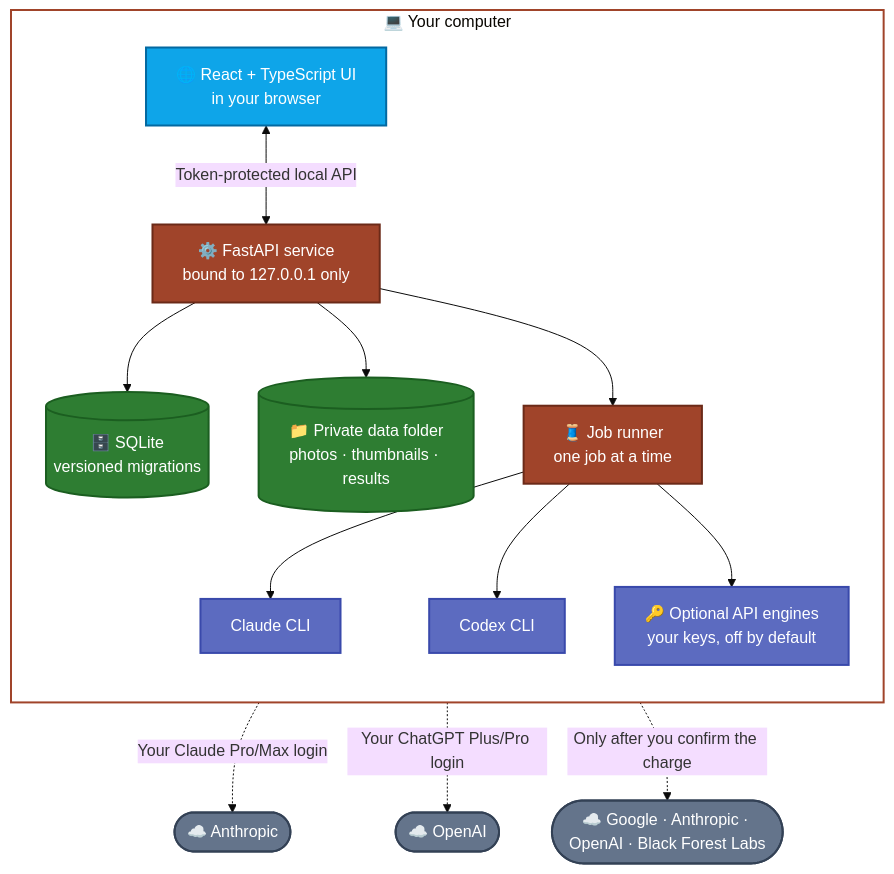
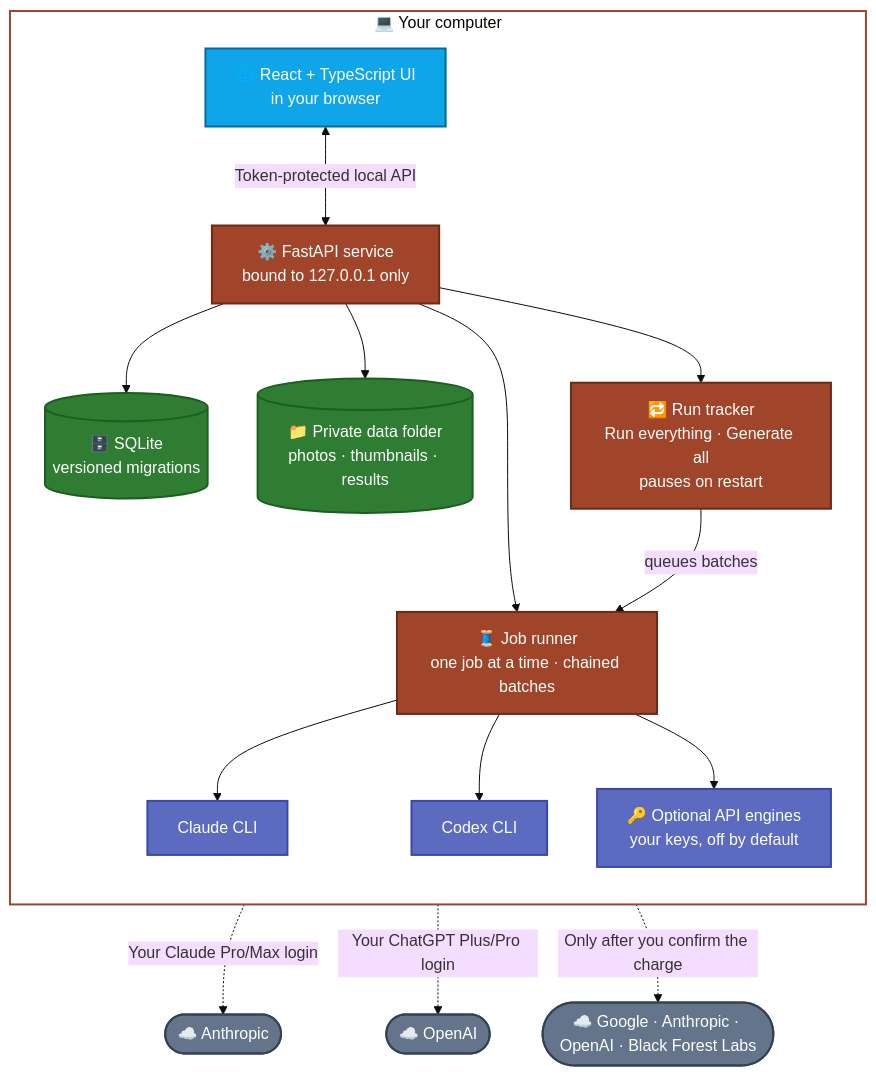
The second of 3 diagrams in README.md (CyberSecurityChuck/Character-Studio), drawn with Mermaid (base theme) before and after one commit. The commit also changed other lines of this file and 6 other files, not shown here.

````diff
--- a/README.md
+++ b/README.md
@@ -137,30 +146,33 @@
 ```mermaid
 flowchart TB
     subgraph PC["💻 Your computer"]
         direction TB
         UI["🌐 React + TypeScript UI<br/>in your browser"]:::ui
         API["⚙️ FastAPI service<br/>bound to 127.0.0.1 only"]:::core
         DB[("🗄️ SQLite<br/>versioned migrations")]:::store
         FS[("📁 Private data folder<br/>photos · thumbnails · results")]:::store
-        Q["🧵 Job runner<br/>one job at a time"]:::core
+        Q["🧵 Job runner<br/>one job at a time · chained batches"]:::core
+        RT["🔁 Run tracker<br/>Run everything · Generate all<br/>pauses on restart"]:::core
         CL["Claude CLI"]:::cli
         CX["Codex CLI"]:::cli
         UI <-->|"Token-protected local API"| API
         API --> DB
         API --> FS
         API --> Q
+        API --> RT
+        RT -->|"queues batches"| Q
         Q --> CL
         Q --> CX
         Q --> AK["🔑 Optional API engines<br/>your keys, off by default"]:::cli
     end
     CL -. "Your Claude Pro/Max login" .-> AN(["☁️ Anthropic"]):::cloud
     CX -. "Your ChatGPT Plus/Pro login" .-> OA(["☁️ OpenAI"]):::cloud
     AK -. "Only after you confirm the charge" .-> PR(["☁️ Google · Anthropic · OpenAI · Black Forest Labs"]):::cloud
 
     classDef ui fill:#0EA5E9,stroke:#0369A1,color:#ffffff,stroke-width:2px
     classDef core fill:#A0442A,stroke:#6B2A18,color:#ffffff,stroke-width:2px
     classDef store fill:#2E7D32,stroke:#1B5E20,color:#ffffff,stroke-width:2px
     classDef cli fill:#5C6BC0,stroke:#3949AB,color:#ffffff,stroke-width:2px
     classDef cloud fill:#64748B,stroke:#334155,color:#ffffff,stroke-width:2px
     style PC fill:transparent,stroke:#A0442A,stroke-width:2px
 ```
````
